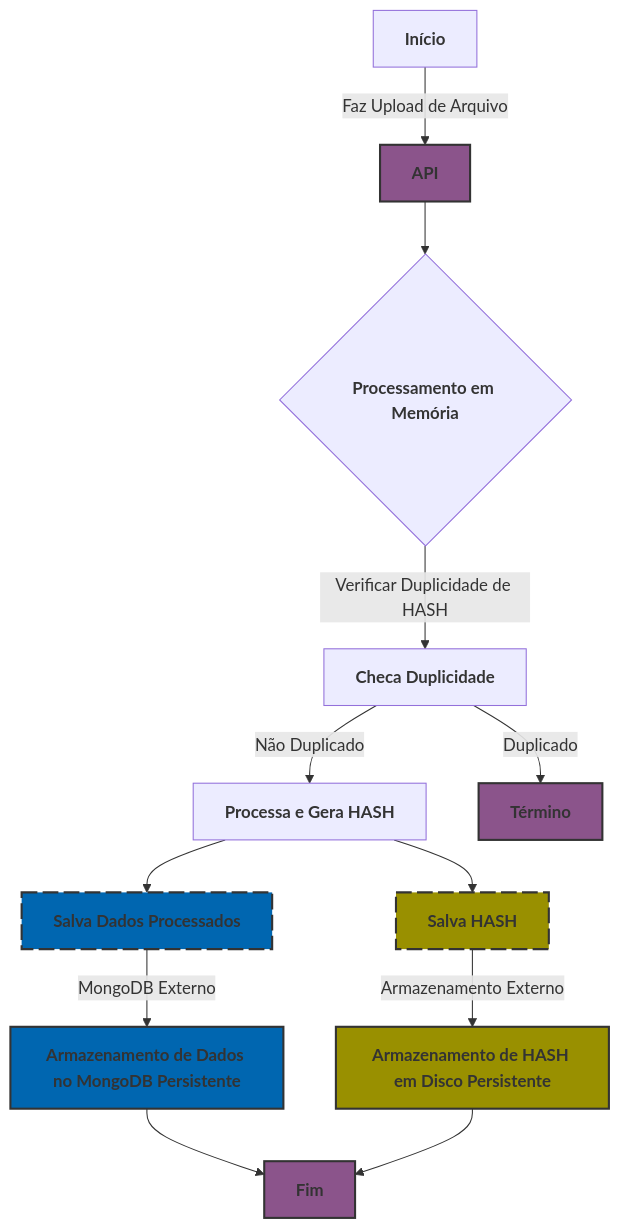
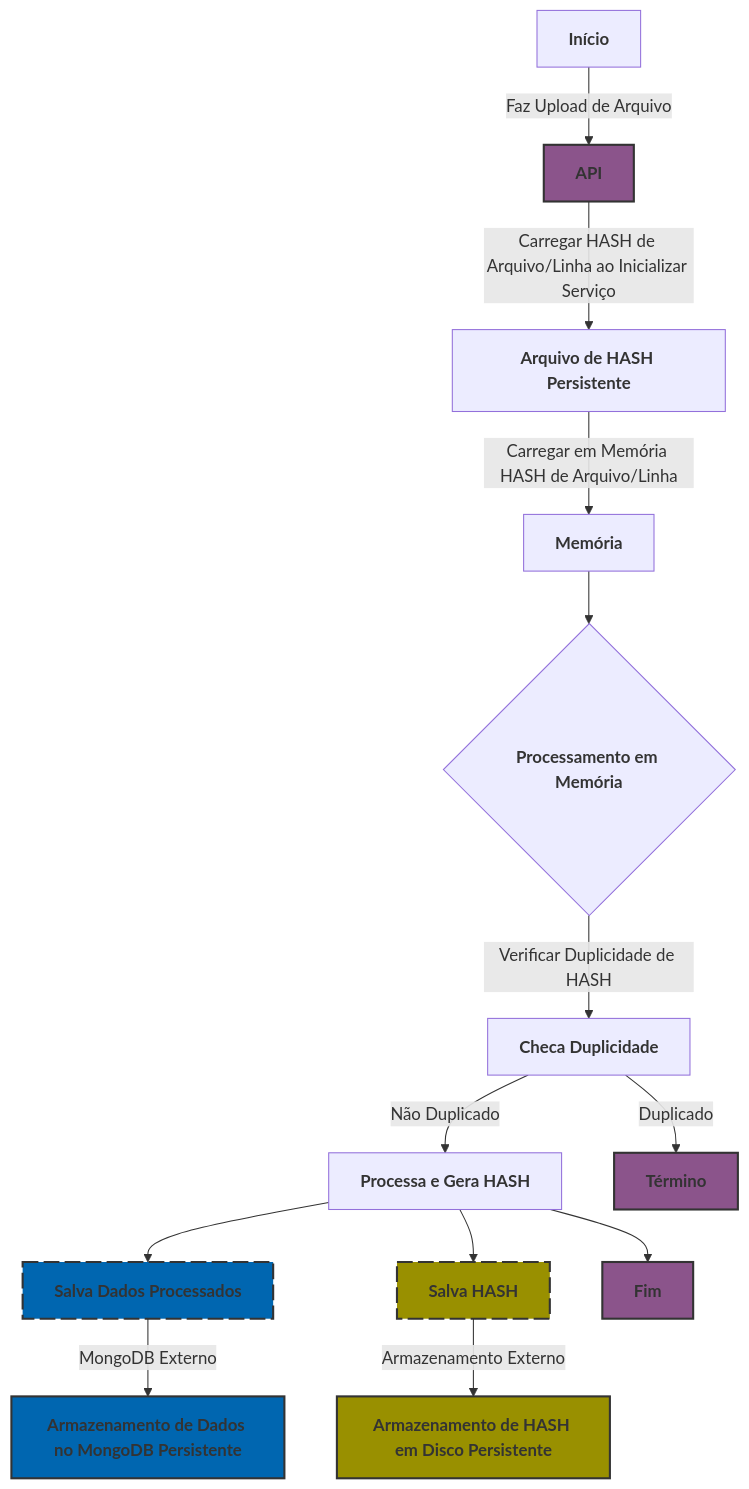
The second of 2 diagrams in README.md (caputomarcos/luizalabs-logistics-challenge-order-api), drawn with Mermaid before and after one commit.

````diff
--- a/README.md
+++ b/README.md
@@ -52,35 +52,36 @@
 ```mermaid
 graph TD
     A[Início] -->|Faz Upload de Arquivo| B[API]
-    B --> C{Processamento em Memória}
-    C -->|Verificar Duplicidade de HASH| D[Checa Duplicidade]
-    D -->|Não Duplicado| E[Processa e Gera HASH]
-    D -->|Duplicado| F[Término]
-    E --> G[Salva Dados Processados]
-    E --> H[Salva HASH]
-    G -->|MongoDB Externo| I[Armazenamento de Dados no MongoDB Persistente]
-    H -->|Armazenamento Externo| J[Armazenamento de HASH em Disco Persistente]
-    I --> K[Fim]
-    J --> K
+    B -->|Carregar HASH de Arquivo/Linha ao Inicializar Serviço| C[Arquivo de HASH Persistente]
+    C -->|Carregar em Memória HASH de Arquivo/Linha| D[Memória]
+    D --> E{Processamento em Memória}
+    E -->|Verificar Duplicidade de HASH| F[Checa Duplicidade]
+    F -->|Não Duplicado| G[Processa e Gera HASH]
+    F -->|Duplicado| H[Término]
+    G --> I[Salva Dados Processados]
+    G --> J[Salva HASH]
+    G --> M[Fim]
+    I -->|MongoDB Externo| K[Armazenamento de Dados no MongoDB Persistente]
+    J -->|Armazenamento Externo| L[Armazenamento de HASH em Disco Persistente]
 
     style B fill:#8b548b,stroke:#333,stroke-width:2px
-    style F fill:#8b548b,stroke:#333,stroke-width:2px
-    style G fill:#0066b0,stroke:#333,stroke-width:2px,stroke-dasharray: 15 5
-    style H fill:#999000,stroke:#333,stroke-width:2px,stroke-dasharray: 15 5
-    style I fill:#0066b0,stroke:#333,stroke-width:2px
-    style J fill:#999000,stroke:#333,stroke-width:2px
-    style K fill:#8b548b,stroke:#333,stroke-width:2px
+    style H fill:#8b548b,stroke:#333,stroke-width:2px
+    style I fill:#0066b0,stroke:#333,stroke-width:2px,stroke-dasharray: 15 5
+    style J fill:#999000,stroke:#333,stroke-width:2px,stroke-dasharray: 15 5
+    style K fill:#0066b0,stroke:#333,stroke-width:2px
+    style L fill:#999000,stroke:#333,stroke-width:2px
+    style M fill:#8b548b,stroke:#333,stroke-width:2px
     style A font-weight:bold, font-color:black
     style B font-weight:bold, font-color:black
     style C font-weight:bold, font-color:black
     style D font-weight:bold, font-color:black
     style E font-weight:bold, font-color:black
     style F font-weight:bold, font-color:black
     style G font-weight:bold, font-color:black
     style H font-weight:bold, font-color:black
-
-
     style I font-weight:bold, font-color:black
     style J font-weight:bold, font-color:black
     style K font-weight:bold, font-color:black
+    style L font-weight:bold, font-color:black
+    style M font-weight:bold, font-color:black
 ```
````
